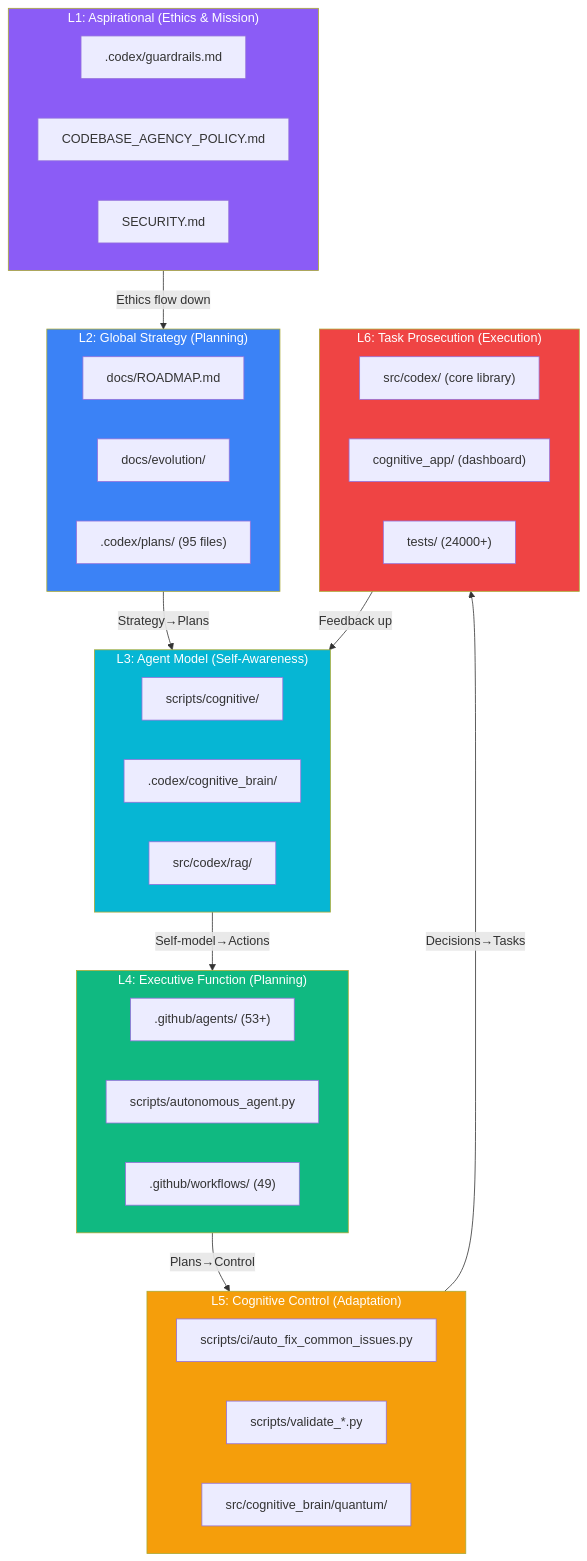
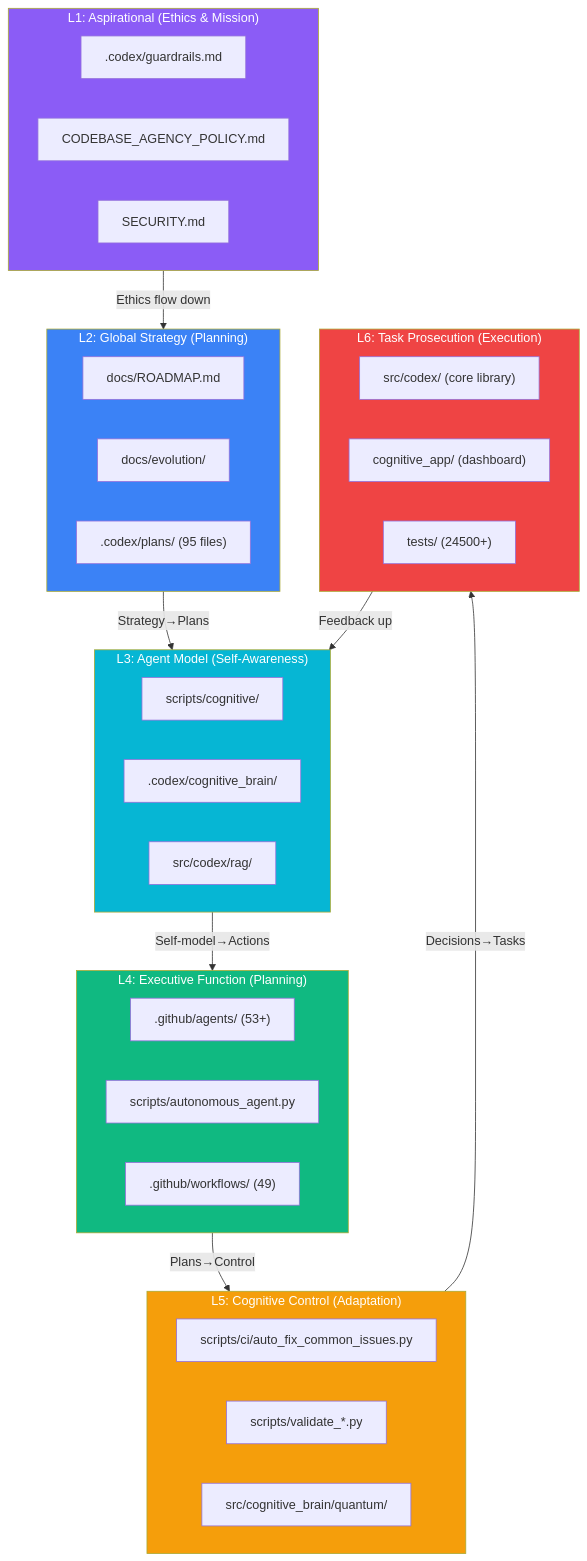
Before and after one commit to Aries-Serpent/_codex_: the diagram in docs/evolution/COGNITIVE_CODEBASE_MAP.md, drawn with Mermaid. The commit also changed 128 other files, not shown here.

````diff
--- a/docs/evolution/COGNITIVE_CODEBASE_MAP.md
+++ b/docs/evolution/COGNITIVE_CODEBASE_MAP.md
@@ -12,52 +12,52 @@
 ```mermaid
 graph TD
     subgraph L1["L1: Aspirational (Ethics & Mission)"]
         E1[".codex/guardrails.md"]
         E2["CODEBASE_AGENCY_POLICY.md"]
         E3["SECURITY.md"]
     end
 
     subgraph L2["L2: Global Strategy (Planning)"]
         S1["docs/ROADMAP.md"]
         S2["docs/evolution/"]
         S3[".codex/plans/ (95 files)"]
     end
 
     subgraph L3["L3: Agent Model (Self-Awareness)"]
         M1["scripts/cognitive/"]
         M2[".codex/cognitive_brain/"]
         M3["src/codex/rag/"]
     end
 
     subgraph L4["L4: Executive Function (Planning)"]
         X1[".github/agents/ (53+)"]
         X2["scripts/autonomous_agent.py"]
         X3[".github/workflows/ (49)"]
     end
 
     subgraph L5["L5: Cognitive Control (Adaptation)"]
         C1["scripts/ci/auto_fix_common_issues.py"]
         C2["scripts/validate_*.py"]
         C3["src/cognitive_brain/quantum/"]
     end
 
     subgraph L6["L6: Task Prosecution (Execution)"]
         T1["src/codex/ (core library)"]
         T2["cognitive_app/ (dashboard)"]
-        T3["tests/ (24000+)"]
+        T3["tests/ (24500+)"]
     end
 
     L1 -->|"Ethics flow down"| L2
     L2 -->|"Strategy→Plans"| L3
     L3 -->|"Self-model→Actions"| L4
     L4 -->|"Plans→Control"| L5
     L5 -->|"Decisions→Tasks"| L6
     L6 -->|"Feedback up"| L3
 
     style L1 fill:#8b5cf6,color:#fff
     style L2 fill:#3b82f6,color:#fff
     style L3 fill:#06b6d4,color:#fff
     style L4 fill:#10b981,color:#fff
     style L5 fill:#f59e0b,color:#fff
     style L6 fill:#ef4444,color:#fff
 ```
````
